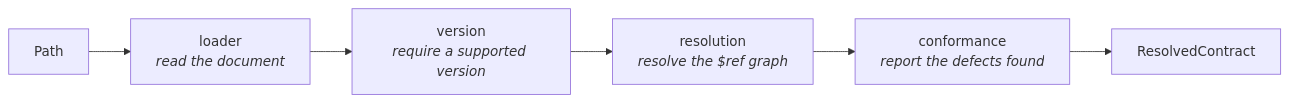
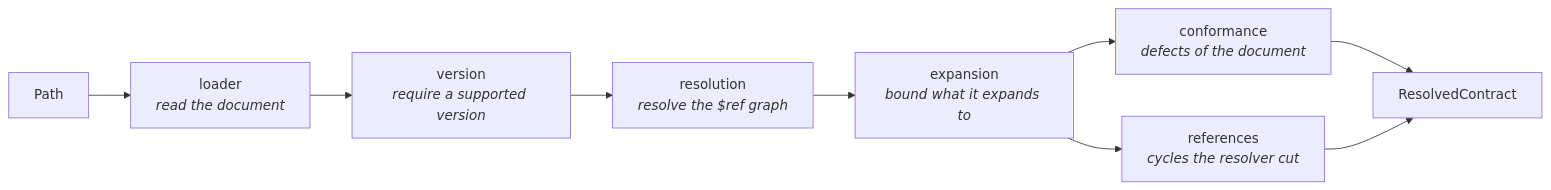
The second of 2 diagrams in docs/modules/contract-engine/reference.md (Spec-Forge-Testing/specforge-docs), drawn with Mermaid before and after one commit. The commit also changed other lines of this file, not shown here.

Commit message:
docs(contract-engine): document the ingestion bounds and the cycle report

````diff
--- a/docs/modules/contract-engine/reference.md
+++ b/docs/modules/contract-engine/reference.md
@@ -79,8 +79,11 @@
 ```mermaid
 flowchart LR
     A[Path] --> B["loader<br/><i>read the document</i>"]
     B --> C["version<br/><i>require a supported version</i>"]
     C --> D["resolution<br/><i>resolve the $ref graph</i>"]
-    D --> E["conformance<br/><i>report the defects found</i>"]
-    E --> F[ResolvedContract]
+    D --> E["expansion<br/><i>bound what it expands to</i>"]
+    E --> F["conformance<br/><i>defects of the document</i>"]
+    E --> G["references<br/><i>cycles the resolver cut</i>"]
+    F --> H[ResolvedContract]
+    G --> H
 ```
````
